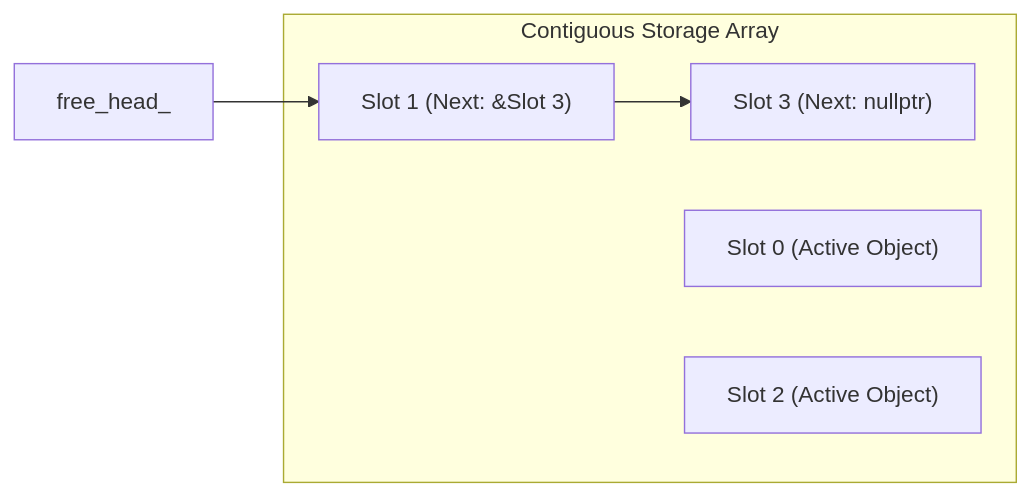
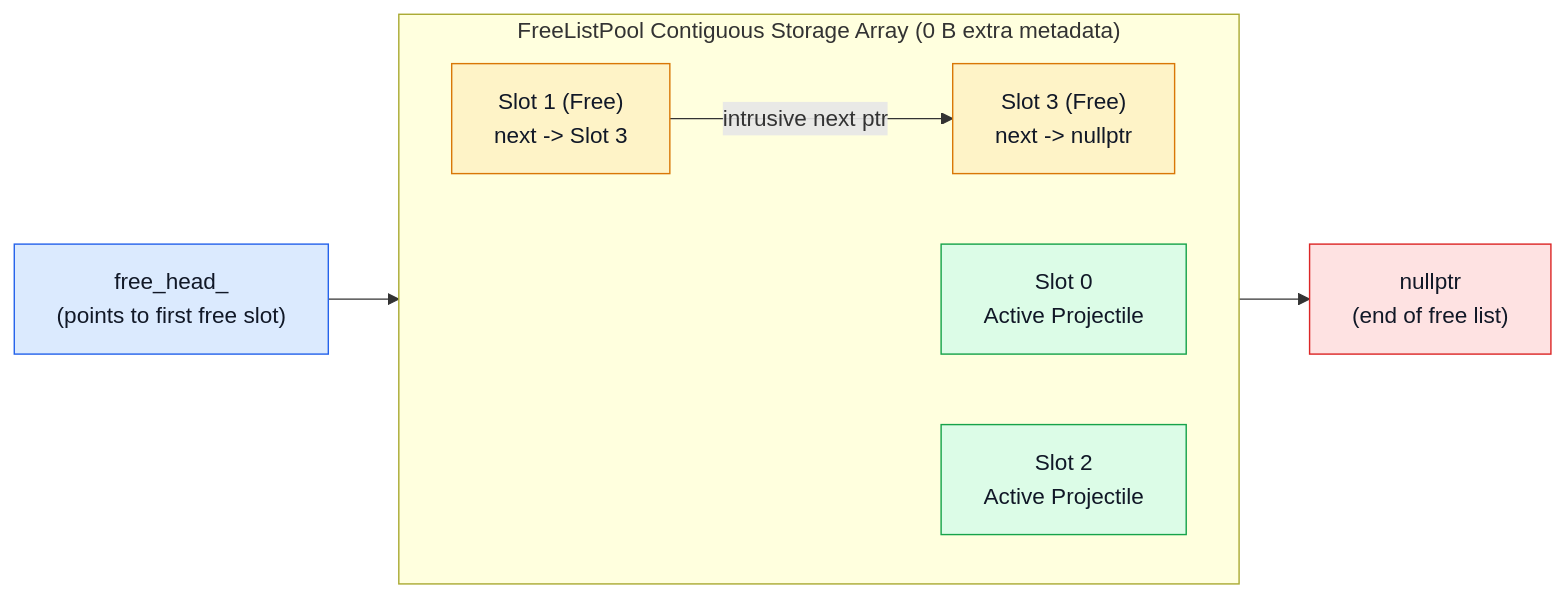
One commit to LevyArsOS/cpp-lessons changed the diagram in lessons/MemoryPool/Tutorial/en.md. Above: the diagram before and after it, drawn with Mermaid. The commit also changed other lines of this file, not shown here.

First line of the commit message:
docs(memory-pool): fix Mermaid diagram and expand English tutorial

````diff
--- a/lessons/MemoryPool/Tutorial/en.md
+++ b/lessons/MemoryPool/Tutorial/en.md
@@ -35,11 +36,20 @@
 ```mermaid
 flowchart LR
-    Head["free_head_"] --> S1["Slot 1 (Next: &Slot 3)"]
-    S1 --> S3["Slot 3 (Next: nullptr)"]
-    subgraph Storage["Contiguous Storage Array"]
-        S0["Slot 0 (Active Object)"]
-        S1
-        S2["Slot 2 (Active Object)"]
-        S3
+    classDef slow fill:#fee2e2,stroke:#dc2626,color:#111827
+    classDef fast fill:#dcfce7,stroke:#16a34a,color:#111827
+    classDef cpu fill:#dbeafe,stroke:#2563eb,color:#111827
+    classDef warn fill:#fef3c7,stroke:#d97706,color:#111827
+
+    Head["free_head_<br/>(points to first free slot)"]:::cpu --> S1
+
+    subgraph Storage["FreeListPool Contiguous Storage Array (0 B extra metadata)"]
+        direction LR
+        S0["Slot 0<br/>Active Projectile"]:::fast
+        S1["Slot 1 (Free)<br/>next -&gt; Slot 3"]:::warn
+        S2["Slot 2<br/>Active Projectile"]:::fast
+        S3["Slot 3 (Free)<br/>next -&gt; nullptr"]:::warn
     end
+
+    S1 -->|"intrusive next ptr"| S3
+    S3 --> Null["nullptr<br/>(end of free list)"]:::slow
 ```
````
